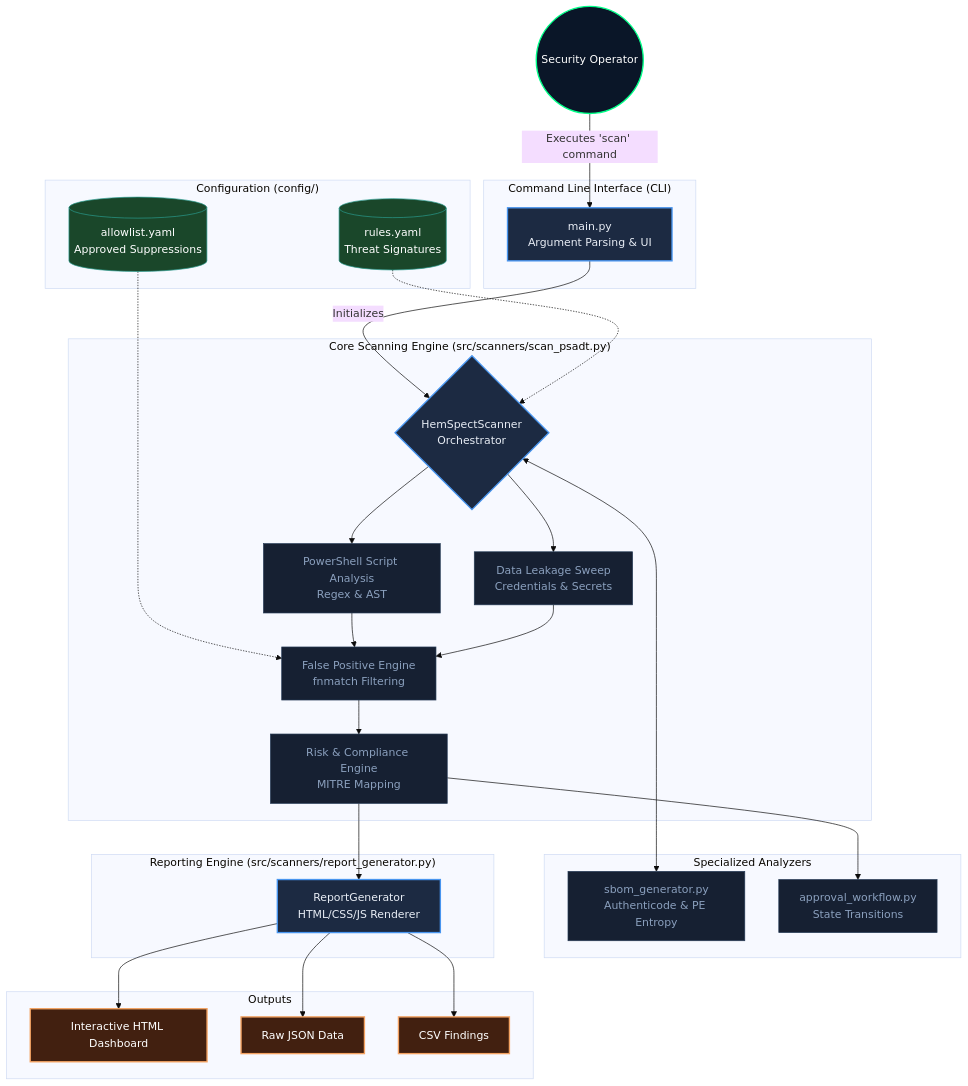
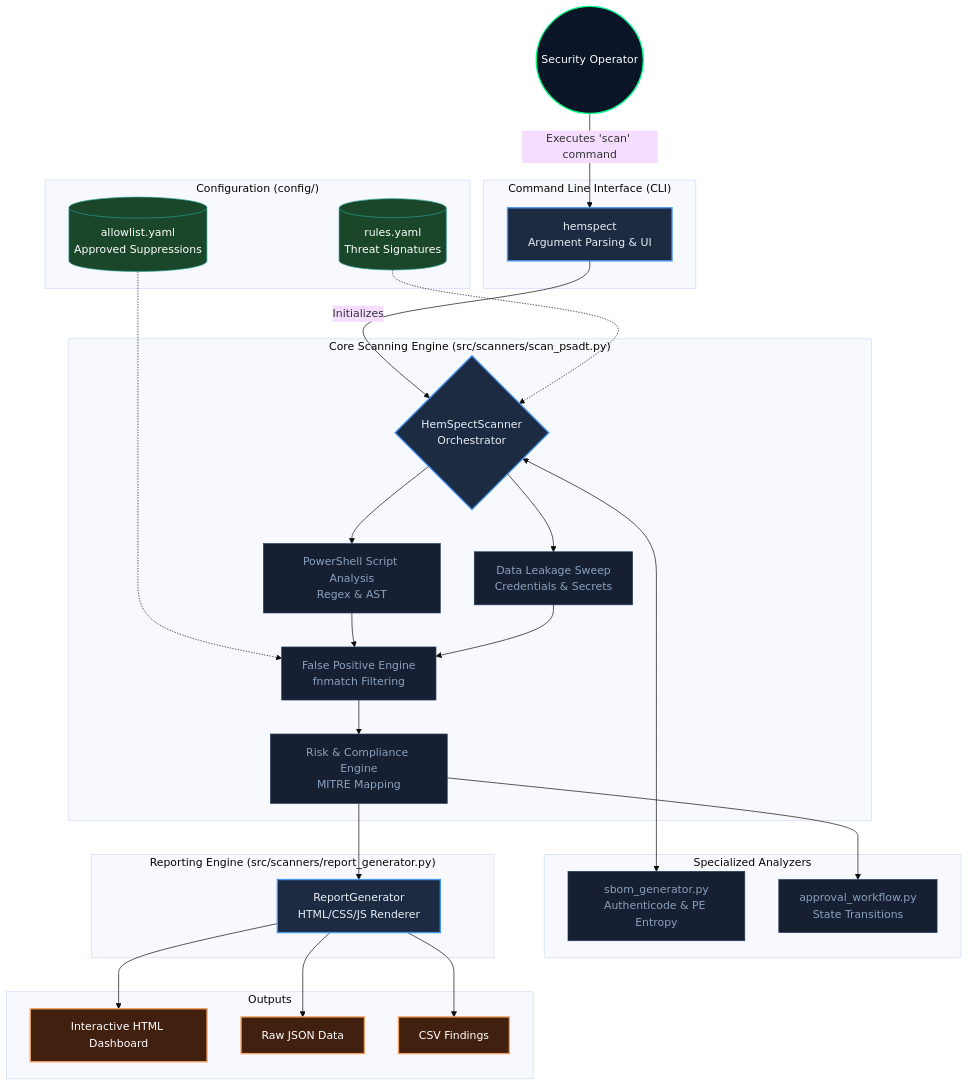
The diagram in SYSTEM_ARCHITECTURE.md (hemmhjn87/psadt_secure), drawn with Mermaid (base theme) before and after one commit. The commit also changed 3 other files, not shown here.

Commit message:
Update docs: replace main.py with hemspect and simplify install instructions

````diff
--- a/SYSTEM_ARCHITECTURE.md
+++ b/SYSTEM_ARCHITECTURE.md
@@ -7,65 +7,65 @@
 ```mermaid
 flowchart TB
     %% Styling
     classDef user fill:#0a1628,stroke:#00ff88,stroke-width:2px,color:#fff
     classDef engine fill:#1c2a42,stroke:#4895ef,stroke-width:2px,color:#e8edf5
     classDef module fill:#162032,stroke:#253a55,stroke-width:1px,color:#8ba0be
     classDef output fill:#422010,stroke:#f4a261,stroke-width:2px,color:#fff
     classDef config fill:#1a472a,stroke:#2a9d8f,stroke-width:1px,color:#fff
 
     User((Security Operator)):::user
     
     subgraph "Command Line Interface (CLI)"
-        Main[main.py<br/>Argument Parsing & UI]:::engine
+        Main[hemspect<br/>Argument Parsing & UI]:::engine
     end
 
     subgraph "Core Scanning Engine (src/scanners/scan_psadt.py)"
         Orchestrator{HemSpectScanner<br/>Orchestrator}:::engine
         PS[PowerShell Script Analysis<br/>Regex & AST]:::module
         Leak[Data Leakage Sweep<br/>Credentials & Secrets]:::module
         Allowlist[False Positive Engine<br/>fnmatch Filtering]:::module
         Risk[Risk & Compliance Engine<br/>MITRE Mapping]:::module
     end
 
     subgraph "Specialized Analyzers"
         SBOM[sbom_generator.py<br/>Authenticode & PE Entropy]:::module
         Work[approval_workflow.py<br/>State Transitions]:::module
     end
 
     subgraph "Reporting Engine (src/scanners/report_generator.py)"
         ReportGen[ReportGenerator<br/>HTML/CSS/JS Renderer]:::engine
     end
 
     subgraph "Configuration (config/)"
         Rules[(rules.yaml<br/>Threat Signatures)]:::config
         Exceptions[(allowlist.yaml<br/>Approved Suppressions)]:::config
     end
 
     subgraph "Outputs"
         HTML[Interactive HTML Dashboard]:::output
         JSON[Raw JSON Data]:::output
         CSV[CSV Findings]:::output
     end
 
     %% Flow
     User -- "Executes 'scan' command" --> Main
     Main -- "Initializes" --> Orchestrator
     
     Rules -.-> Orchestrator
     Exceptions -.-> Allowlist
 
     Orchestrator --> PS
     Orchestrator --> Leak
     Orchestrator <--> SBOM
     
     PS --> Allowlist
     Leak --> Allowlist
     
     Allowlist --> Risk
     Risk --> Work
     
     Risk --> ReportGen
     ReportGen --> HTML
     ReportGen --> JSON
     ReportGen --> CSV
 ```
````
